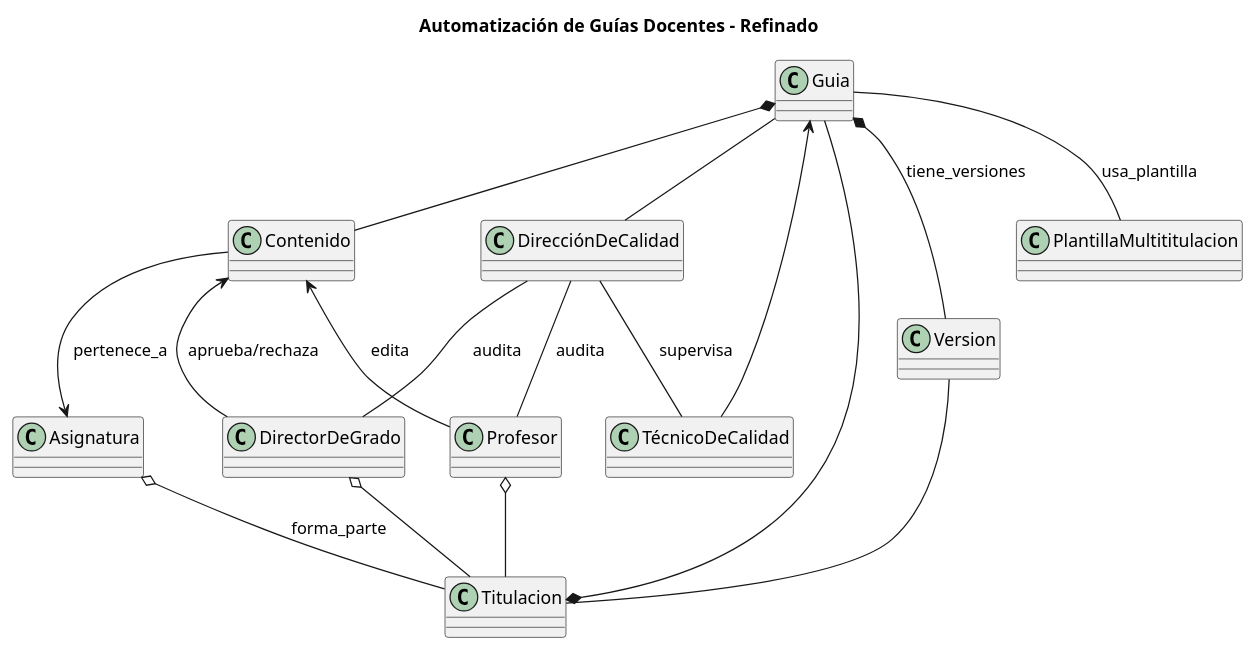
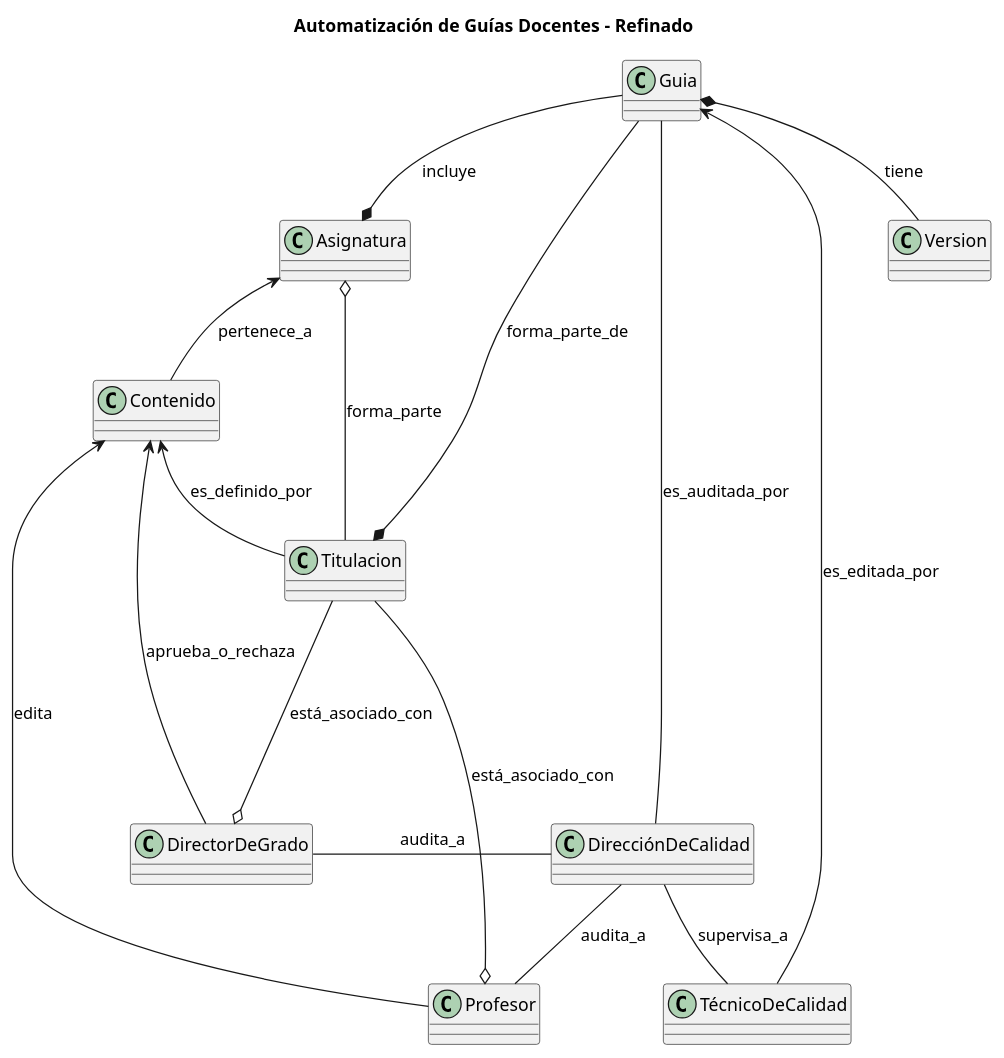
Before and after one commit to mmasias/24-25-IdSw1-SDR: the diagram in ModeloDelDominio/DiagramaDeClases.puml, drawn with PlantUML. The commit also changed 2 other files, not shown here.

Commit message:
Fix/Mejorando legibilidad y formato diagrama clases
-  Guía es la guía digital, no el PDF que se muestra al final

- la asignatura junto con la titulación es lo que genera el contenido de la guía docente. Entonces, realmente, para manejar los temas de las titulaciones que comparten asignaturas, podemos analizar estos dos puntos y así generamos una guía docente específica para cada titulación.

```diff
--- a/ModeloDelDominio/DiagramaDeClases.puml
+++ b/ModeloDelDominio/DiagramaDeClases.puml
@@ -1,36 +1,36 @@
 @startuml Diagrama de Clases
 title Automatización de Guías Docentes - Refinado
 
 class Profesor
 class DirectorDeGrado
 class TécnicoDeCalidad
 class DirecciónDeCalidad
 class Guia
 class Contenido
 class Titulacion
 class Asignatura
-class PlantillaMultititulacion
 class Version
 
-Guia -- DirecciónDeCalidad
-Guia <-- TécnicoDeCalidad
-Guia --* Titulacion
-Guia *-- Contenido
-Guia -- PlantillaMultititulacion: usa_plantilla
-Guia *-- Version: tiene_versiones
+Guia --* Titulacion: forma_parte_de
+Guia --* Asignatura: incluye
 
-DirecciónDeCalidad -- TécnicoDeCalidad: supervisa
-DirecciónDeCalidad -- Profesor: audita
-DirecciónDeCalidad -- DirectorDeGrado: audita
+Asignatura <-down- Contenido: pertenece_a
+Asignatura o-down- Titulacion: forma_parte
 
-Profesor o-- Titulacion
-DirectorDeGrado o-- Titulacion
-Version -- Titulacion
+Guia -down- DirecciónDeCalidad: es_auditada_por
+Guia <-down- TécnicoDeCalidad: es_editada_por
+Guia *-down- Version: tiene
 
-Contenido <-- DirectorDeGrado: aprueba/rechaza
+Contenido <-- Titulacion: es_definido_por
+
+DirecciónDeCalidad -- TécnicoDeCalidad: supervisa_a
+DirecciónDeCalidad -- Profesor: audita_a
+DirecciónDeCalidad -l-- DirectorDeGrado: audita_a
+
+Profesor o-up-- Titulacion: está_asociado_con
+DirectorDeGrado o-up-- Titulacion: está_asociado_con
+
+Contenido <- DirectorDeGrado: aprueba_o_rechaza
 Contenido <-- Profesor: edita
 
-Asignatura <-up- Contenido: pertenece_a
-Asignatura o-- Titulacion: forma_parte
-
 @enduml
```
